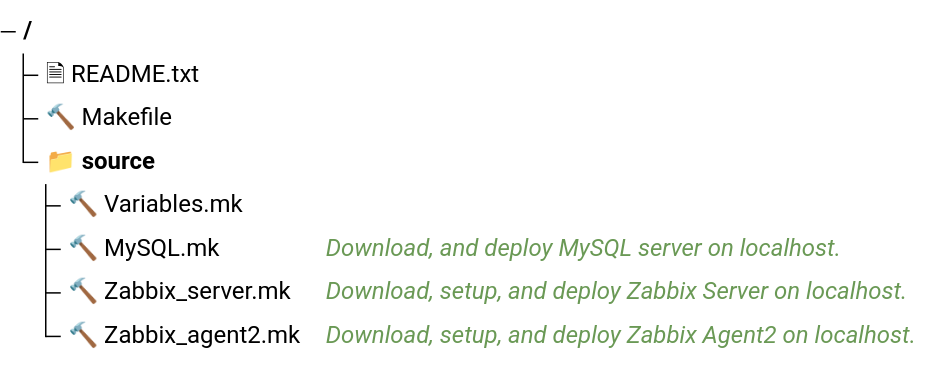
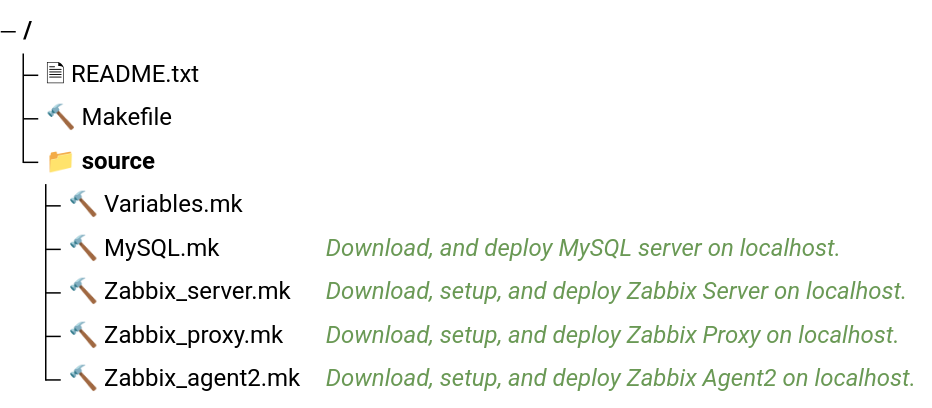
One commit to Zai4ikManiak/Cyber-Security-Study changed the diagram in README.md. Above: the diagram before and after it, drawn with Mermaid.

Commit message:
modified:   README.md

````diff
--- a/README.md
+++ b/README.md
@@ -2,16 +2,17 @@
 ```mermaid
 ---
 config:
     treeView:
         showIcons: false
         defaultIconPack: material-icon-theme
 ---
 treeView-beta
     🗎 README.txt
     🔨 Makefile
     📁 source/ 
         🔨 Variables.mk
         🔨 MySQL.mk ## Download, and deploy MySQL server on localhost.
         🔨 Zabbix_server.mk ## Download, setup, and deploy Zabbix Server on localhost.
+        🔨 Zabbix_proxy.mk ## Download, setup, and deploy Zabbix Proxy on localhost.
         🔨 Zabbix_agent2.mk ## Download, setup, and deploy Zabbix Agent2 on localhost.
 ```
````
